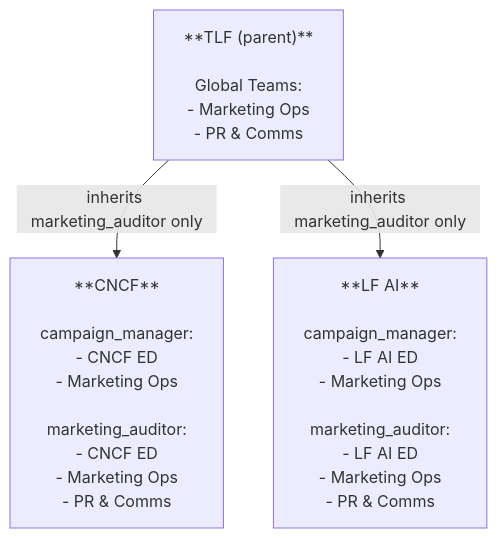
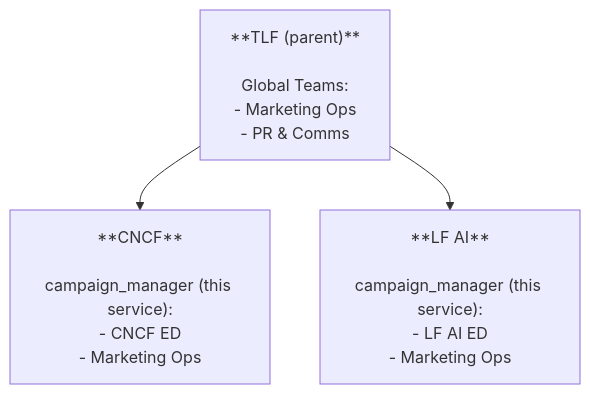
Before and after one commit to linuxfoundation/lfx-v2-campaign-service: the sixth of 8 diagrams in docs/architecture.md, drawn with Mermaid. The commit also changed other lines of this file and 2 other files, not shown here.

First line of the commit message:
docs: gate every endpoint on campaign_manager, drop marketing_auditor

````diff
--- a/docs/architecture.md
+++ b/docs/architecture.md
@@ -282,11 +282,11 @@
 ```mermaid
 flowchart TD
     tlf["**TLF (parent)**\n\nGlobal Teams:\n- Marketing Ops\n- PR & Comms"]
 
-    tlf -->|"inherits marketing_auditor only"| cncf
-    tlf -->|"inherits marketing_auditor only"| lfai
+    cncf["**CNCF**\n\ncampaign_manager (this service):\n- CNCF ED\n- Marketing Ops"]
 
-    cncf["**CNCF**\n\ncampaign_manager:\n- CNCF ED\n- Marketing Ops\n\nmarketing_auditor:\n- CNCF ED\n- Marketing Ops\n- PR & Comms"]
+    lfai["**LF AI**\n\ncampaign_manager (this service):\n- LF AI ED\n- Marketing Ops"]
 
-    lfai["**LF AI**\n\ncampaign_manager:\n- LF AI ED\n- Marketing Ops\n\nmarketing_auditor:\n- LF AI ED\n- Marketing Ops\n- PR & Comms"]
+    tlf --> cncf
+    tlf --> lfai
 ```
````
